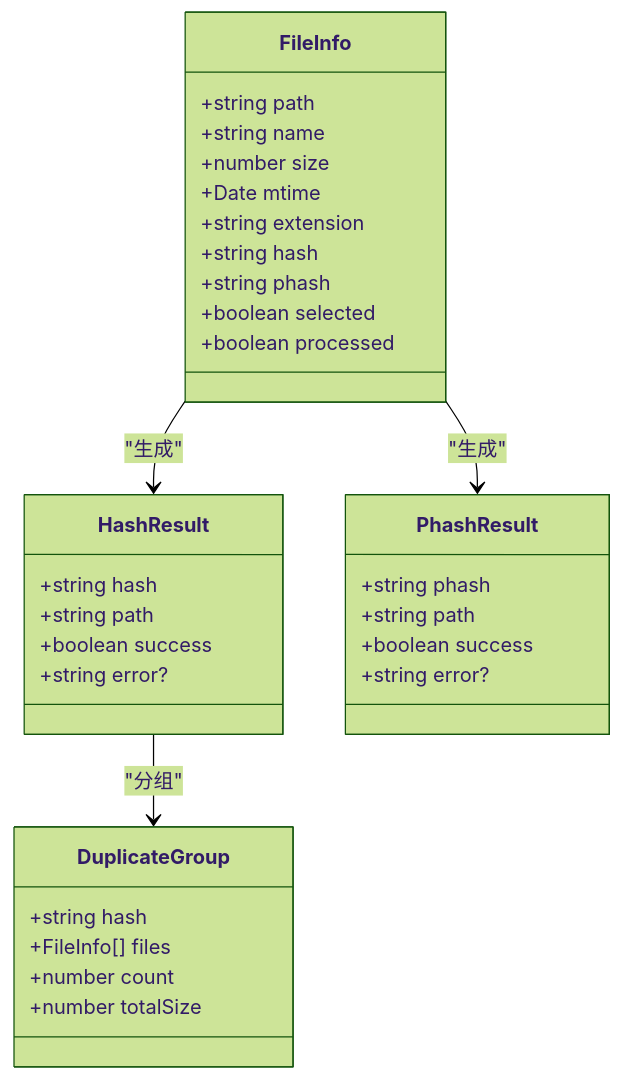
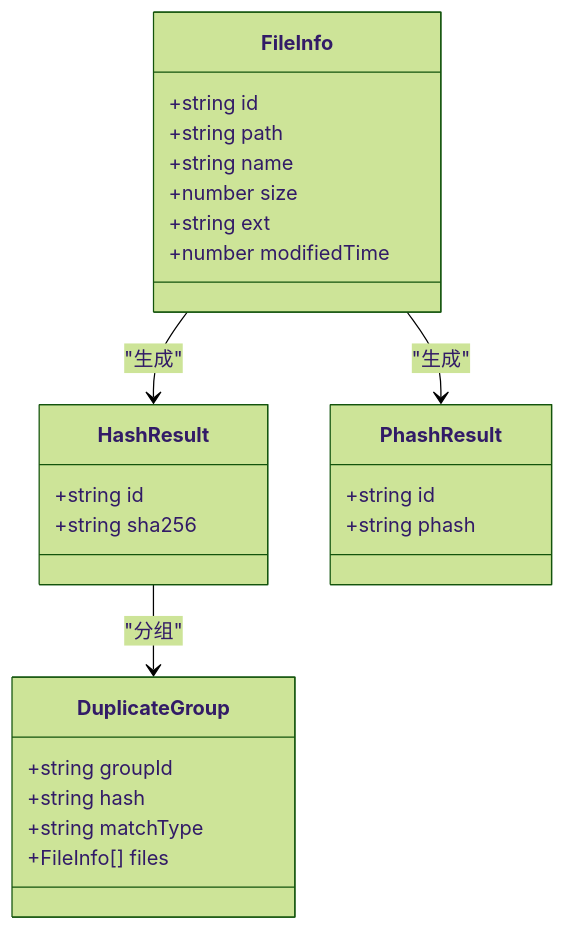
One commit to remgasuki/ReDoPhoto changed the second of 10 diagrams in .qoder/repowiki/zh/content/API参考手册/类型定义参考.md. Above: the diagram before and after it, drawn with Mermaid (forest theme). The commit also changed other lines of this file and 39 other files, not shown here.

````diff
--- a/.qoder/repowiki/zh/content/API参考手册/类型定义参考.md
+++ b/.qoder/repowiki/zh/content/API参考手册/类型定义参考.md
@@ -99,35 +98,28 @@
 ```mermaid
 classDiagram
 class FileInfo {
++string id
 +string path
 +string name
 +number size
-+Date mtime
-+string extension
-+string hash
-+string phash
-+boolean selected
-+boolean processed
++string ext
++number modifiedTime
 }
 class HashResult {
-+string hash
-+string path
-+boolean success
-+string error?
++string id
++string sha256
 }
 class PhashResult {
++string id
 +string phash
-+string path
-+boolean success
-+string error?
 }
 class DuplicateGroup {
++string groupId
 +string hash
++string matchType
 +FileInfo[] files
-+number count
-+number totalSize
 }
 FileInfo --> HashResult : "生成"
 FileInfo --> PhashResult : "生成"
 HashResult --> DuplicateGroup : "分组"
 ```
````
